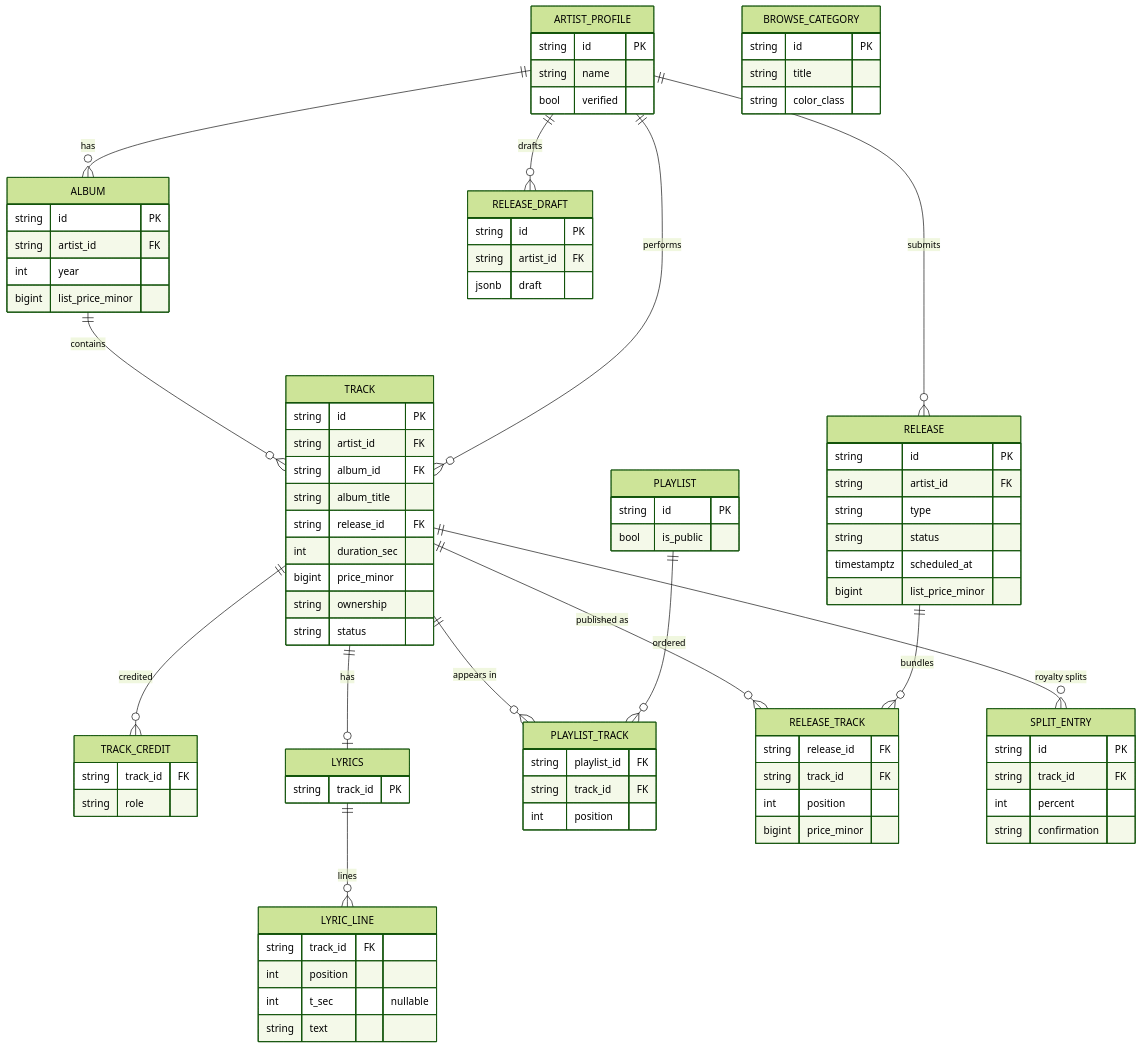
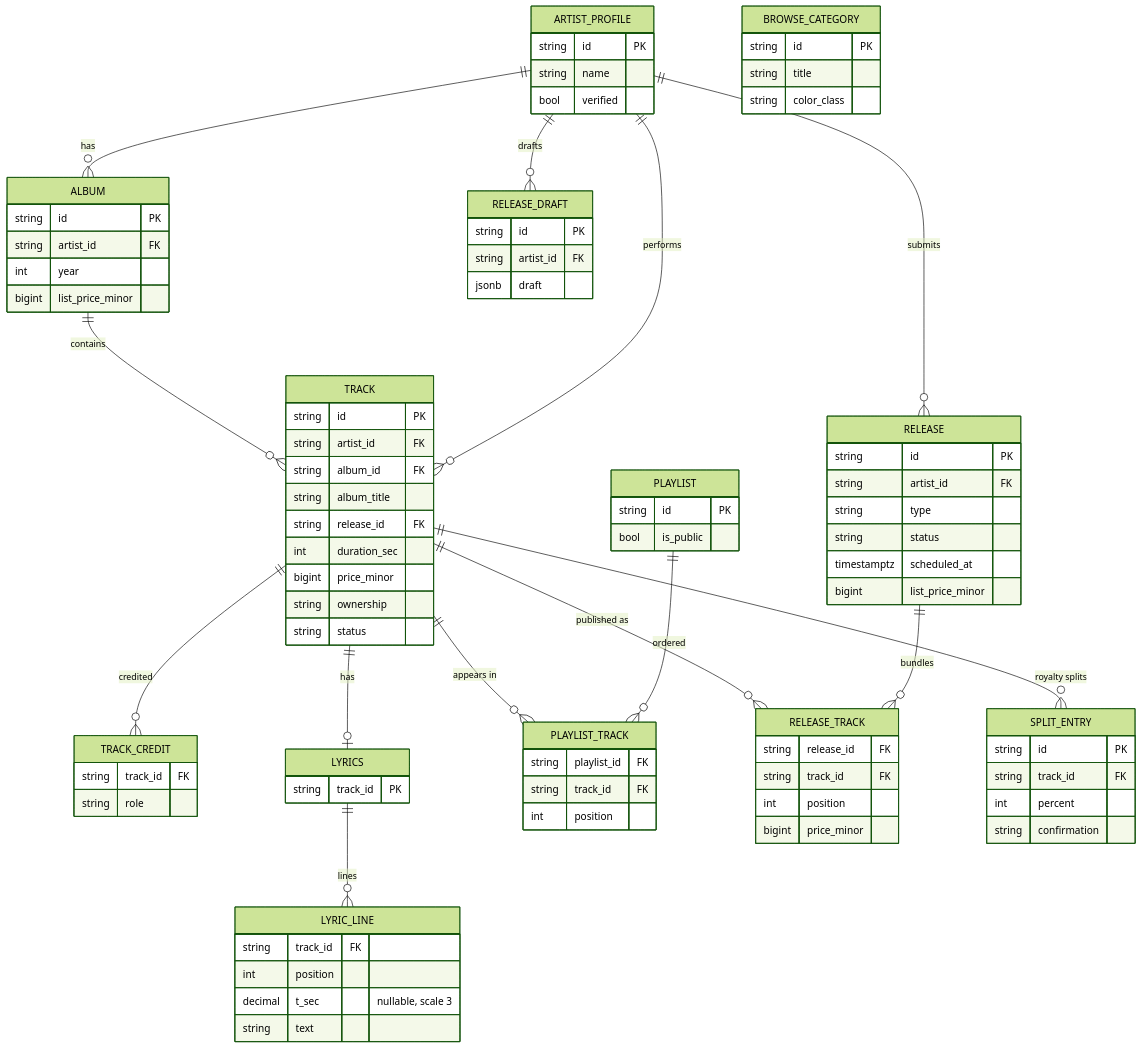
Before and after one commit to Shakvilla/beatzmedia: the second of 4 diagrams in backend/docs/architecture/catalog.md, drawn with Mermaid (forest theme). The commit also changed other lines of this file and 155 other files, not shown here.

```diff
--- a/backend/docs/architecture/catalog.md
+++ b/backend/docs/architecture/catalog.md
@@ -212,7 +212,7 @@
   LYRIC_LINE {
     string track_id FK
     int position
-    int t_sec "nullable"
+    decimal t_sec "nullable, scale 3"
     string text
   }
   PLAYLIST {
```
